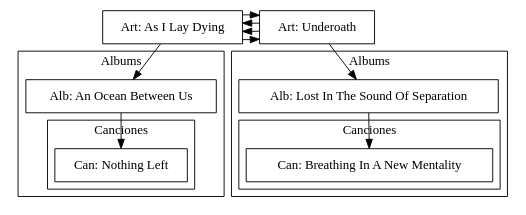
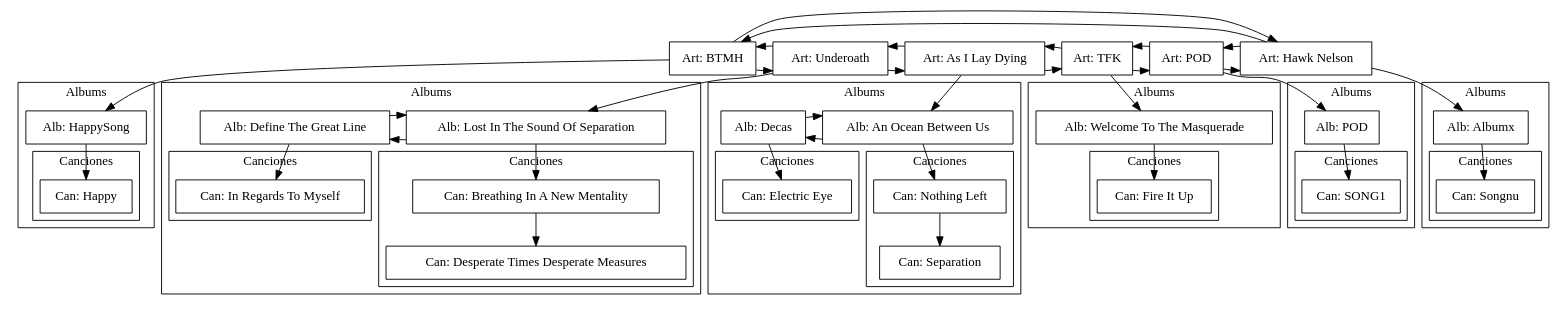
One commit to ricardcutzh/EDD_Junio changed the diagram in Practicas/build-Practica1_Biblioteca_Musica-Desktop_Qt_5_9_0_MinGW_32bit-Debug/biblioteca.dot. Above: the diagram before and after it, drawn with Graphviz. The commit also changed 20 other files, not shown here.

```diff
--- a/Practicas/build-Practica1_Biblioteca_Musica-Desktop_Qt_5_9_0_MinGW_32bit-Debug/biblioteca.dot
+++ b/Practicas/build-Practica1_Biblioteca_Musica-Desktop_Qt_5_9_0_MinGW_32bit-Debug/biblioteca.dot
@@ -1,34 +1,112 @@
 digraph G {
 node [shape=box];
-"Art: As I Lay Dying"->"Art: Underoath";
-"Art: Underoath"->"Art: As I Lay Dying";
+"Art: BTMH"->"Art: Underoath";
+"Art: Underoath"->"Art: BTMH";
 "Art: Underoath"->"Alb: Lost In The Sound Of Separation";
 "Art: Underoath"->"Art: As I Lay Dying";
 subgraph cluster_0{
 rank=same;
 label="Albums";
 "Alb: Lost In The Sound Of Separation"->"Can: Breathing In A New Mentality";
 subgraph cluster_0{
 rank=same;
 label="Canciones";
-"Can: Breathing In A New Mentality";
+"Can: Breathing In A New Mentality"->"Can: Desperate Times Desperate Measures";
+"Can: Desperate Times Desperate Measures";
 };
 "Alb: Lost In The Sound Of Separation";
-{rank=same;"Alb: Lost In The Sound Of Separation";};
+"Alb: Lost In The Sound Of Separation"->"Alb: Define The Great Line";
+"Alb: Define The Great Line"->"Can: In Regards To Myself";
+subgraph cluster_1{
+rank=same;
+label="Canciones";
+"Can: In Regards To Myself";
+};
+"Alb: Define The Great Line"->"Alb: Lost In The Sound Of Separation";
+{rank=same;"Alb: Lost In The Sound Of Separation";"Alb: Define The Great Line";};
 };
 "Art: As I Lay Dying"->"Alb: An Ocean Between Us";
 "Art: As I Lay Dying"->"Art: Underoath";
+"Art: As I Lay Dying"->"Art: TFK";
 subgraph cluster_1{
 rank=same;
 label="Albums";
 "Alb: An Ocean Between Us"->"Can: Nothing Left";
 subgraph cluster_0{
 rank=same;
 label="Canciones";
-"Can: Nothing Left";
+"Can: Nothing Left"->"Can: Separation";
+"Can: Separation";
 };
 "Alb: An Ocean Between Us";
-{rank=same;"Alb: An Ocean Between Us";};
+"Alb: An Ocean Between Us"->"Alb: Decas";
+"Alb: Decas"->"Can: Electric Eye";
+subgraph cluster_1{
+rank=same;
+label="Canciones";
+"Can: Electric Eye";
 };
-{rank=same;"Art: Underoath";"Art: As I Lay Dying";};
+"Alb: Decas"->"Alb: An Ocean Between Us";
+{rank=same;"Alb: An Ocean Between Us";"Alb: Decas";};
+};
+"Art: TFK"->"Alb: Welcome To The Masquerade";
+"Art: TFK"->"Art: As I Lay Dying";
+"Art: TFK"->"Art: POD";
+subgraph cluster_2{
+rank=same;
+label="Albums";
+"Alb: Welcome To The Masquerade"->"Can: Fire It Up";
+subgraph cluster_0{
+rank=same;
+label="Canciones";
+"Can: Fire It Up";
+};
+"Alb: Welcome To The Masquerade";
+{rank=same;"Alb: Welcome To The Masquerade";};
+};
+"Art: POD"->"Alb: POD";
+"Art: POD"->"Art: TFK";
+"Art: POD"->"Art: Hawk Nelson";
+subgraph cluster_3{
+rank=same;
+label="Albums";
+"Alb: POD"->"Can: SONG1";
+subgraph cluster_0{
+rank=same;
+label="Canciones";
+"Can: SONG1";
+};
+"Alb: POD";
+{rank=same;"Alb: POD";};
+};
+"Art: Hawk Nelson"->"Alb: Albumx";
+"Art: Hawk Nelson"->"Art: POD";
+"Art: Hawk Nelson"->"Art: BTMH";
+subgraph cluster_4{
+rank=same;
+label="Albums";
+"Alb: Albumx"->"Can: Songnu";
+subgraph cluster_0{
+rank=same;
+label="Canciones";
+"Can: Songnu";
+};
+"Alb: Albumx";
+{rank=same;"Alb: Albumx";};
+};
+"Art: BTMH"->"Alb: HappySong";
+"Art: BTMH"->"Art: Hawk Nelson";
+subgraph cluster_5{
+rank=same;
+label="Albums";
+"Alb: HappySong"->"Can: Happy";
+subgraph cluster_0{
+rank=same;
+label="Canciones";
+"Can: Happy";
+};
+"Alb: HappySong";
+{rank=same;"Alb: HappySong";};
+};
+{rank=same;"Art: Underoath";"Art: As I Lay Dying";"Art: TFK";"Art: POD";"Art: Hawk Nelson";"Art: BTMH";};
 }
```
